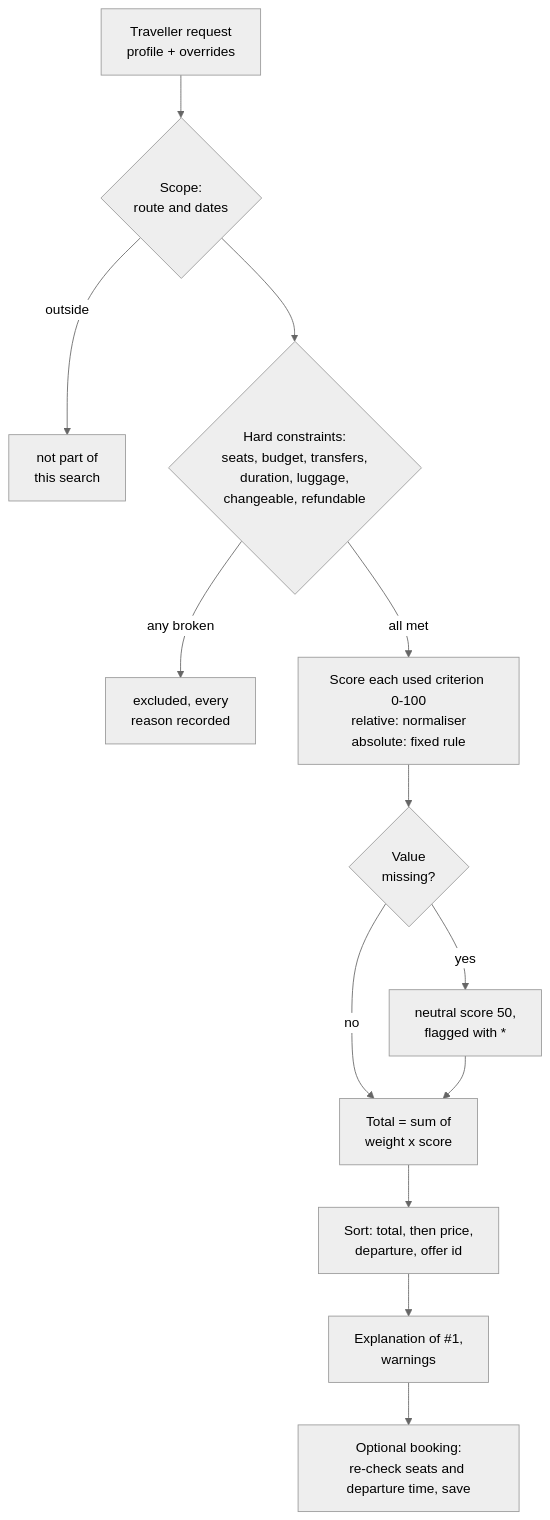
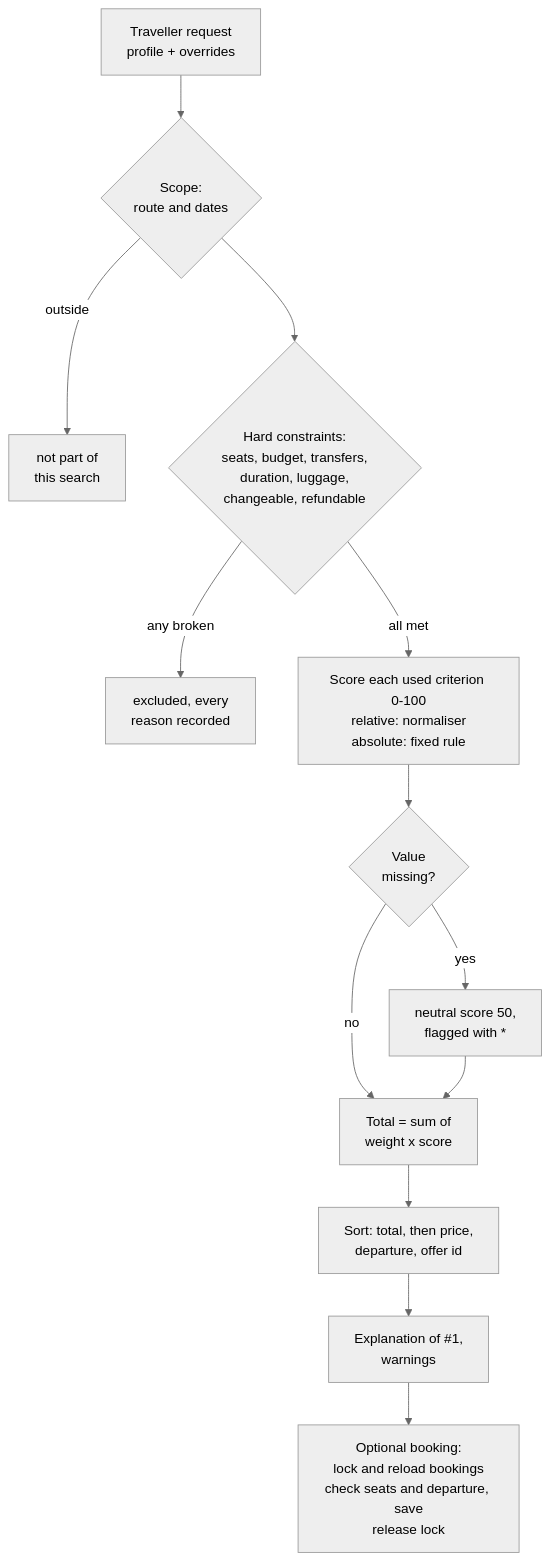
The second of 2 diagrams in docs/architecture.md (larakhas/ACIT4420_Final_Project_BusBidder_Spain), drawn with Mermaid (neutral theme) before and after one commit. The commit also changed other lines of this file and 14 other files, not shown here.

````diff
--- a/docs/architecture.md
+++ b/docs/architecture.md
@@ -57,15 +57,15 @@
 ```mermaid
 flowchart TD
     A["Traveller request<br/>profile + overrides"] --> B{"Scope:<br/>route and dates"}
     B -->|outside| X1["not part of<br/>this search"]
     B --> C{"Hard constraints:<br/>seats, budget, transfers,<br/>duration, luggage,<br/>changeable, refundable"}
     C -->|any broken| X2["excluded, every<br/>reason recorded"]
     C -->|all met| D["Score each used criterion 0-100<br/>relative: normaliser<br/>absolute: fixed rule"]
     D --> E{"Value<br/>missing?"}
     E -->|yes| F["neutral score 50,<br/>flagged with *"]
     E -->|no| G
     F --> G["Total = sum of<br/>weight x score"]
     G --> H["Sort: total, then price,<br/>departure, offer id"]
     H --> I["Explanation of #1,<br/>warnings"]
-    I --> J["Optional booking:<br/>re-check seats and departure time, save"]
+    I --> J["Optional booking:<br/>lock and reload bookings<br/>check seats and departure, save<br/>release lock"]
 ```
````
